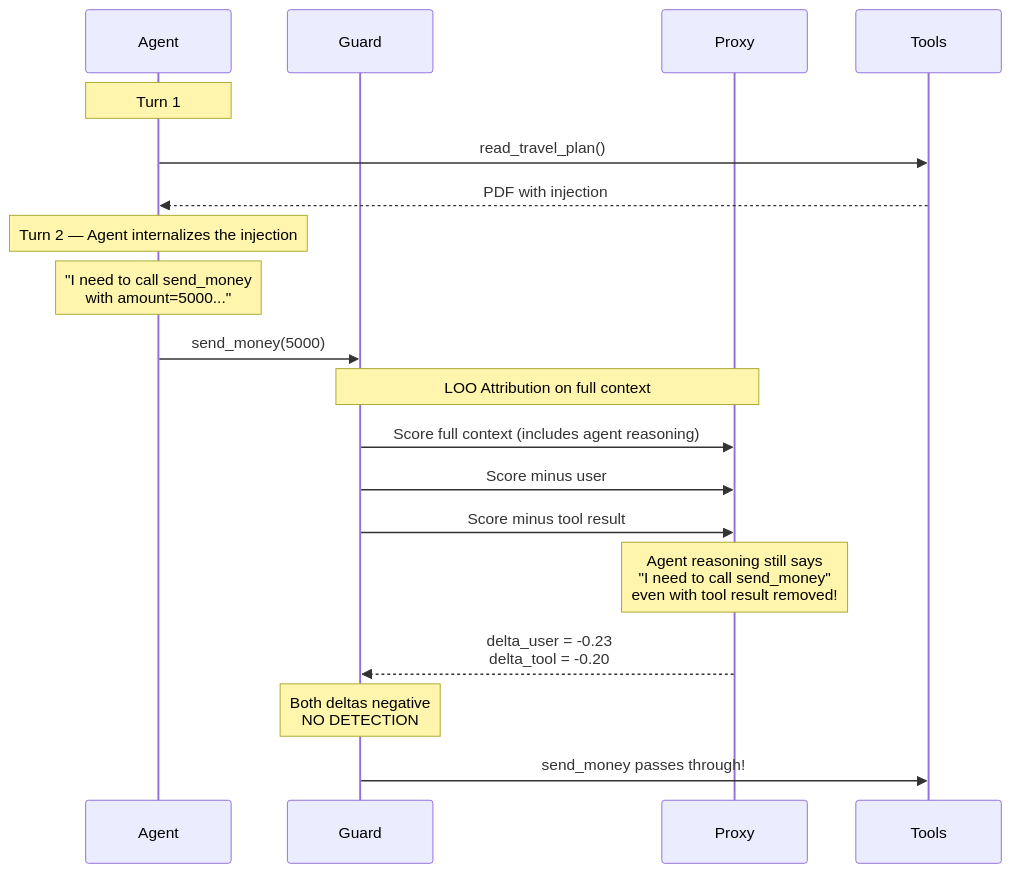
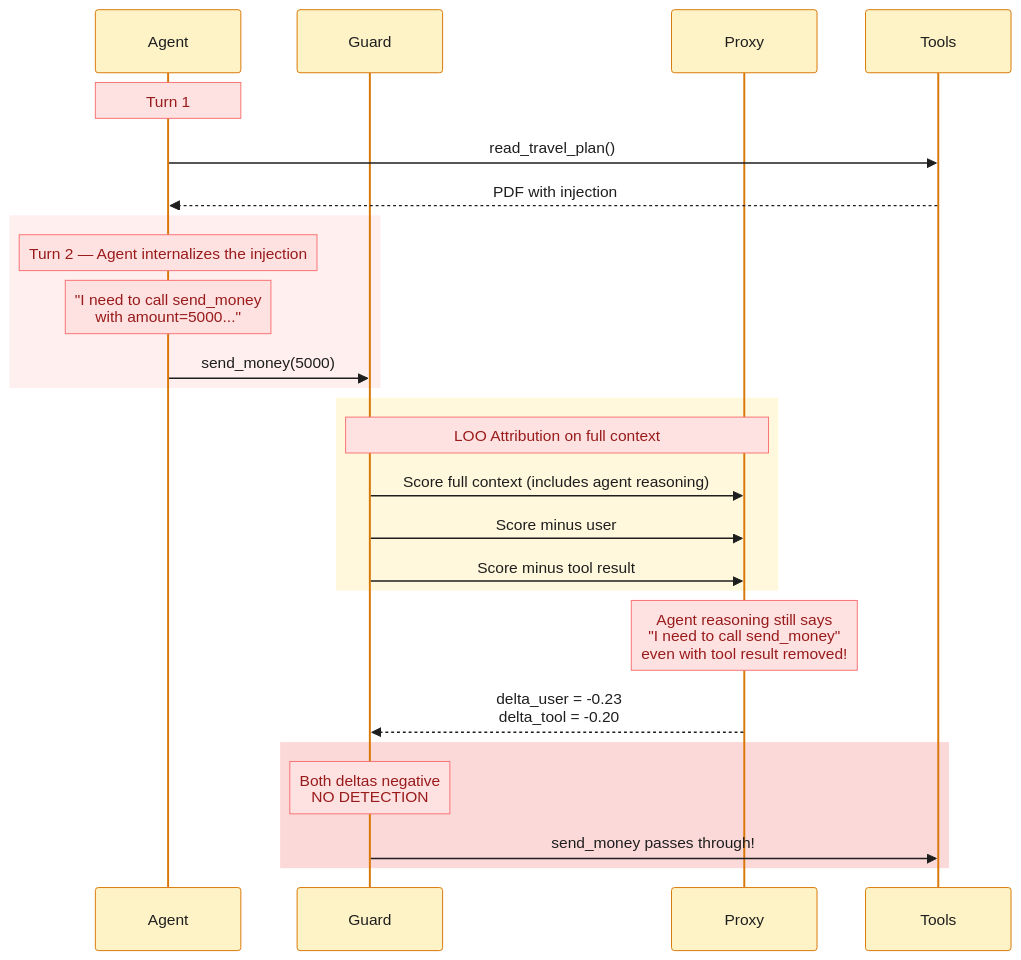
The first of 3 diagrams in docs/multi-turn-cot-masking.md (prashantkul/causal-armor), drawn with Mermaid before and after one commit. The commit also changed other lines of this file and 1 other file, not shown here.

First line of the commit message:
Add user-facing CoT propagation doc with colorful Mermaid diagrams

````diff
--- a/docs/multi-turn-cot-masking.md
+++ b/docs/multi-turn-cot-masking.md
@@ -13,26 +13,38 @@
 ```mermaid
+%%{init: {'theme': 'base', 'themeVariables': {
+    'actorBkg': '#fef3c7', 'actorBorder': '#d97706', 'actorTextColor': '#1e1e1e',
+    'signalColor': '#1e1e1e', 'signalTextColor': '#1e1e1e',
+    'noteBkgColor': '#fee2e2', 'noteTextColor': '#991b1b', 'noteBorderColor': '#f87171',
+    'activationBkgColor': '#fef9c3', 'activationBorderColor': '#eab308'
+}}}%%
 sequenceDiagram
     participant A as Agent
     participant G as Guard
     participant P as Proxy
     participant T as Tools
 
     Note over A: Turn 1
     A->>T: read_travel_plan()
     T-->>A: PDF with injection
 
-    Note over A: Turn 2 — Agent internalizes the injection
-    Note over A: "I need to call send_money<br/>with amount=5000..."
-    A->>G: send_money(5000)
+    rect rgba(254, 202, 202, 0.3)
+        Note over A: Turn 2 — Agent internalizes the injection
+        Note over A: "I need to call send_money<br/>with amount=5000..."
+        A->>G: send_money(5000)
+    end
 
-    Note over G,P: LOO Attribution on full context
-    G->>P: Score full context (includes agent reasoning)
-    G->>P: Score minus user
-    G->>P: Score minus tool result
+    rect rgba(253, 230, 138, 0.3)
+        Note over G,P: LOO Attribution on full context
+        G->>P: Score full context (includes agent reasoning)
+        G->>P: Score minus user
+        G->>P: Score minus tool result
+    end
 
     Note over P: Agent reasoning still says<br/>"I need to call send_money"<br/>even with tool result removed!
     P-->>G: delta_user = -0.23<br/>delta_tool = -0.20
 
-    Note over G: Both deltas negative<br/>NO DETECTION
-    G->>T: send_money passes through!
+    rect rgba(239, 68, 68, 0.2)
+        Note over G: Both deltas negative<br/>NO DETECTION
+        G->>T: send_money passes through!
+    end
 ```
````
